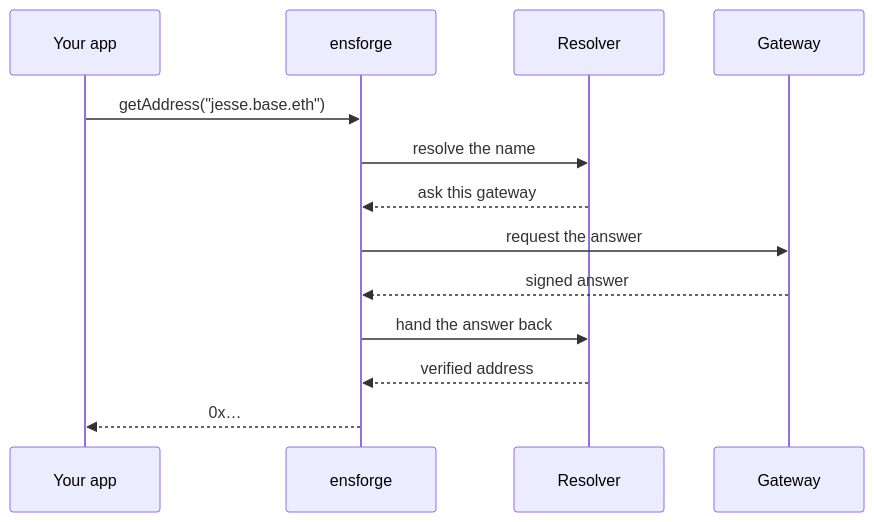
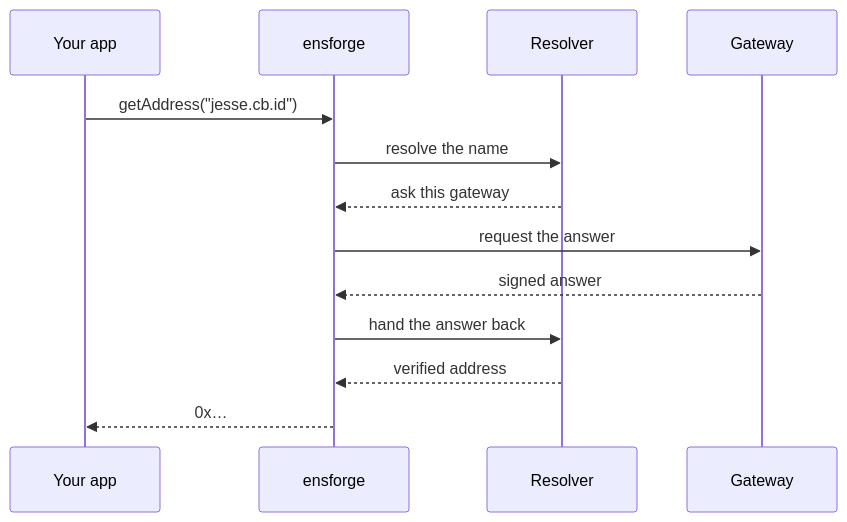
Before and after one commit to thenamespace/ensforge: the diagram in apps/docs/content/docs/sdk/(look-up)/off-chain-names.mdx, drawn with Mermaid. The commit also changed other lines of this file and 31 other files, not shown here.

````diff
--- a/apps/docs/content/docs/sdk/(look-up)/off-chain-names.mdx
+++ b/apps/docs/content/docs/sdk/(look-up)/off-chain-names.mdx
@@ -38,15 +52,15 @@
 ```mermaid
 sequenceDiagram
   participant App as Your app
   participant ENS as ensforge
   participant R as Resolver
   participant G as Gateway
-  App->>ENS: getAddress("jesse.base.eth")
+  App->>ENS: getAddress("jesse.cb.id")
   ENS->>R: resolve the name
   R-->>ENS: ask this gateway
   ENS->>G: request the answer
   G-->>ENS: signed answer
   ENS->>R: hand the answer back
   R-->>ENS: verified address
   ENS-->>App: 0x…
 ```
````
